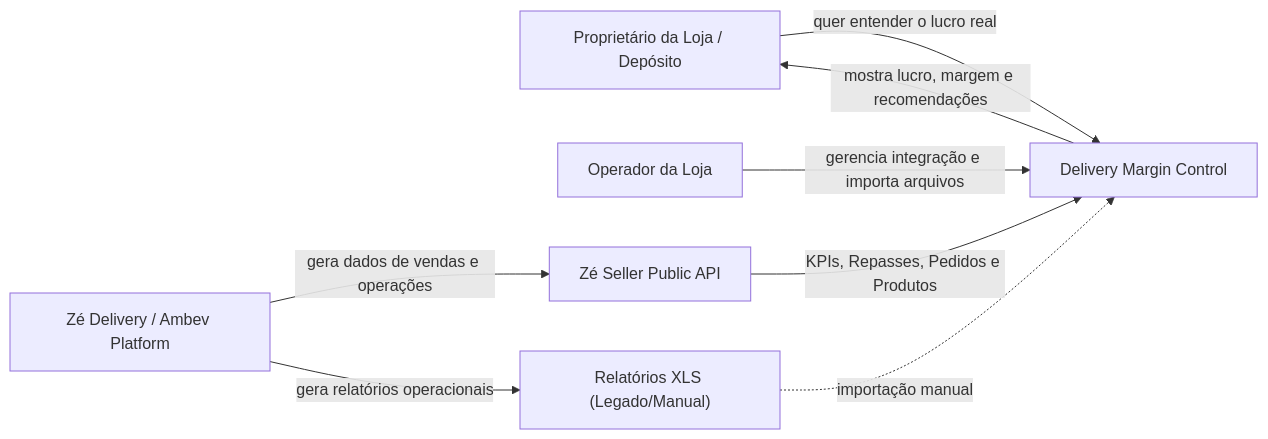
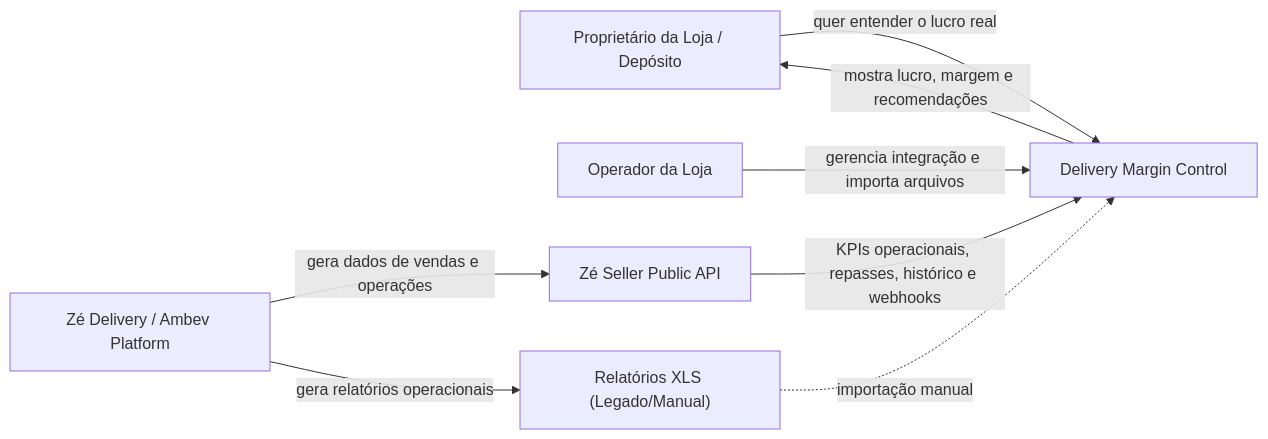
One commit to bayoutlucas22-wq/Milvio changed the first of 3 diagrams in docs/c4-ze-delivery.md. Above: the diagram before and after it, drawn with Mermaid. The commit also changed other lines of this file and 49 other files, not shown here.

````diff
--- a/docs/c4-ze-delivery.md
+++ b/docs/c4-ze-delivery.md
@@ -7,19 +7,19 @@
 ```mermaid
 flowchart LR
   Owner[Proprietário da Loja / Depósito]
   Clerk[Operador da Loja]
   ZeDelivery[Zé Delivery / Ambev Platform]
   ExcelFiles["Relatórios XLS (Legado/Manual)"]
   ProfitSystem[Delivery Margin Control]
   ZeAPI[Zé Seller Public API]
 
   Owner -->|quer entender o lucro real| ProfitSystem
   Clerk -->|gerencia integração e importa arquivos| ProfitSystem
   ZeDelivery -->|gera dados de vendas e operações| ZeAPI
   ZeDelivery -->|gera relatórios operacionais| ExcelFiles
 
   ExcelFiles -.->|importação manual| ProfitSystem
-  ZeAPI -->|KPIs, Repasses, Pedidos e Produtos| ProfitSystem
+  ZeAPI -->|KPIs operacionais, repasses, histórico e webhooks| ProfitSystem
 
   ProfitSystem -->|mostra lucro, margem e recomendações| Owner
 ```
````
